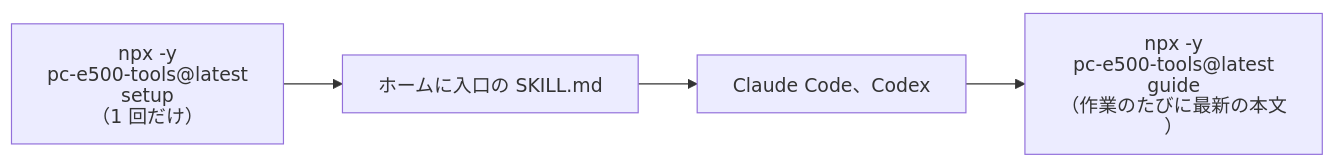
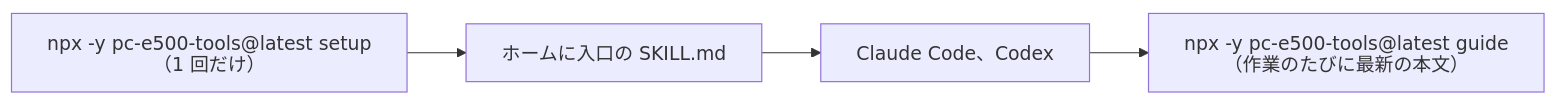
Before and after one commit to litchi-gh/pc-e500_tools: the third of 3 diagrams in docs/manual/22_COMMAND_LINE_AI.md, drawn with Mermaid. The commit also changed other lines of this file, not shown here.

Commit message:
Manual 22: break Mermaid labels only at <br>

````diff
--- a/docs/manual/22_COMMAND_LINE_AI.md
+++ b/docs/manual/22_COMMAND_LINE_AI.md
@@ -353,7 +353,7 @@
 ```mermaid
-%%{init: {"htmlLabels": false, "flowchart": {"htmlLabels": false}}}%%
+%%{init: {"htmlLabels": false, "flowchart": {"htmlLabels": false, "wrappingWidth": 1000}}}%%
 flowchart LR
   U["npx -y pc-e500-tools@latest setup<br>（1 回だけ）"] --> H["ホームに入口の SKILL.md"]
   H --> A["Claude Code、Codex"]
   A --> G["npx -y pc-e500-tools@latest guide<br>（作業のたびに最新の本文）"]
 ```
````
